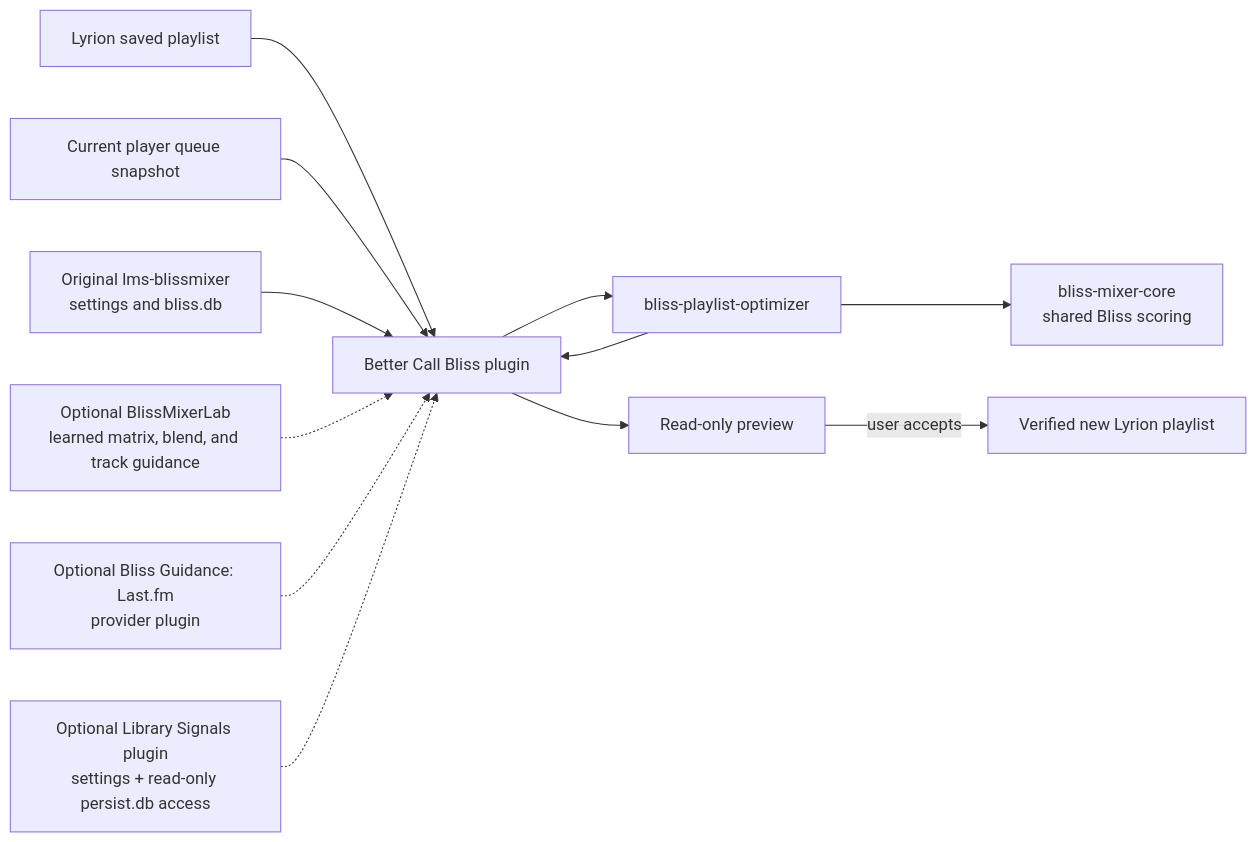
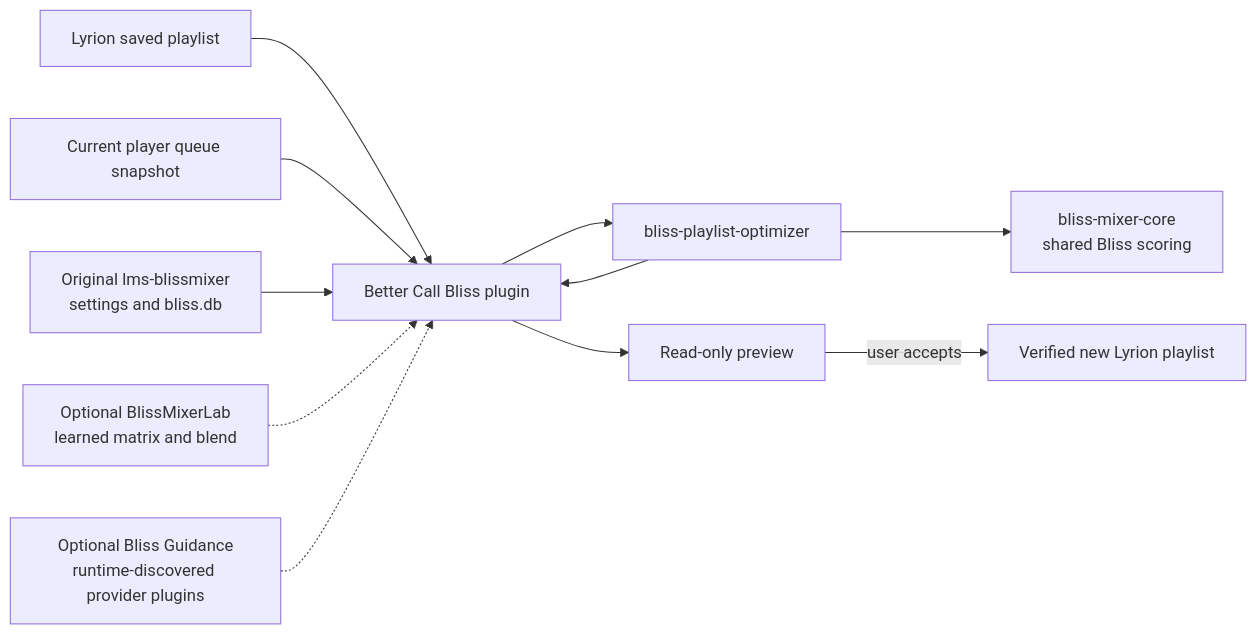
One commit to chrober/lms-better-call-bliss changed the diagram in README.md. Above: the diagram before and after it, drawn with Mermaid. The commit also changed other lines of this file, not shown here.

Commit message:
docs: keep host guidance documentation provider-neutral

```diff
--- a/README.md
+++ b/README.md
@@ -185,14 +182,13 @@
 ~~~mermaid
 flowchart LR
     LMS["Lyrion saved playlist"] --> P["Better Call Bliss plugin"]
     Q["Current player queue snapshot"] --> P
     BM["Original lms-blissmixer<br/>settings and bliss.db"] --> P
-    BME["Optional BlissMixerLab<br/>learned matrix, blend, and track guidance"] -.-> P
-    LF["Optional Bliss Guidance: Last.fm<br/>provider plugin"] -.-> P
-    LS["Optional Library Signals plugin<br/>settings + read-only persist.db access"] -.-> P
+    BME["Optional BlissMixerLab<br/>learned matrix and blend"] -.-> P
+    GP["Optional Bliss Guidance<br/>runtime-discovered provider plugins"] -.-> P
     P --> O["bliss-playlist-optimizer"]
     O --> C["bliss-mixer-core<br/>shared Bliss scoring"]
     O --> P
     P --> V["Read-only preview"]
     V -->|"user accepts"| N["Verified new Lyrion playlist"]
 ~~~
```
